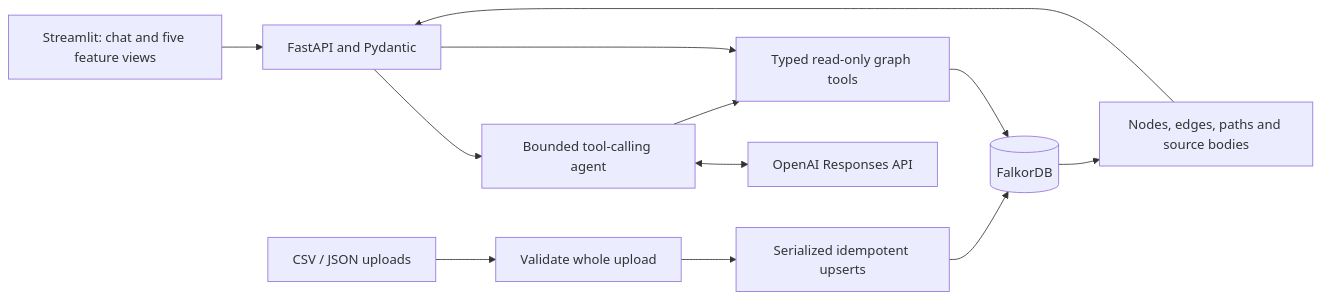
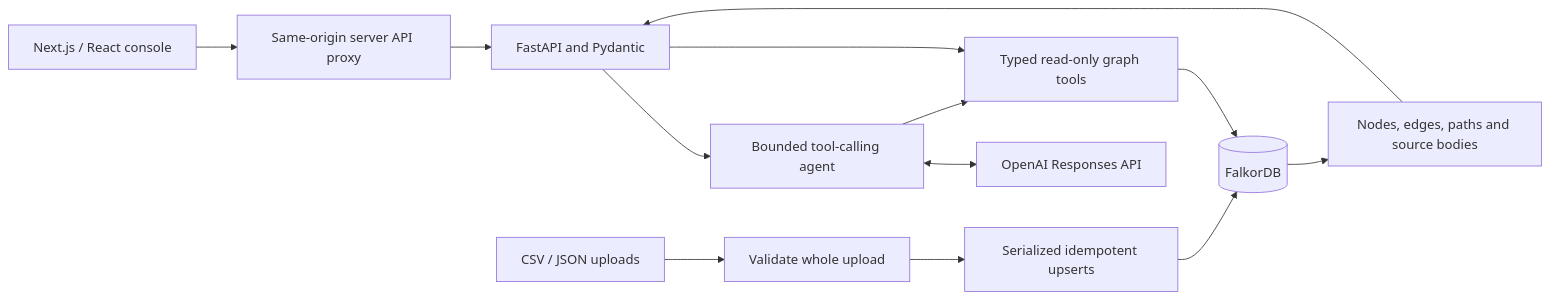
The diagram in docs/architecture.md (krshn0x/KnowGraph-AI-Standalone), drawn with Mermaid before and after one commit. The commit also changed other lines of this file and 45 other files, not shown here.

Commit message:
Replace Streamlit with a responsive Next.js engineering console

````diff
--- a/docs/architecture.md
+++ b/docs/architecture.md
@@ -3,14 +3,15 @@
 ```mermaid
 flowchart LR
-    UI[Streamlit: chat and five feature views] --> API[FastAPI and Pydantic]
+    UI[Next.js / React console] --> Proxy[Same-origin server API proxy]
+    Proxy --> API[FastAPI and Pydantic]
     API --> Agent[Bounded tool-calling agent]
     Agent <--> LLM[OpenAI Responses API]
     Agent --> Tools[Typed read-only graph tools]
     API --> Tools
     Tools --> DB[(FalkorDB)]
     Upload[CSV / JSON uploads] --> Validate[Validate whole upload]
     Validate --> Lock[Serialized idempotent upserts]
     Lock --> DB
     DB --> Evidence[Nodes, edges, paths and source bodies]
     Evidence --> API
 ```
````
